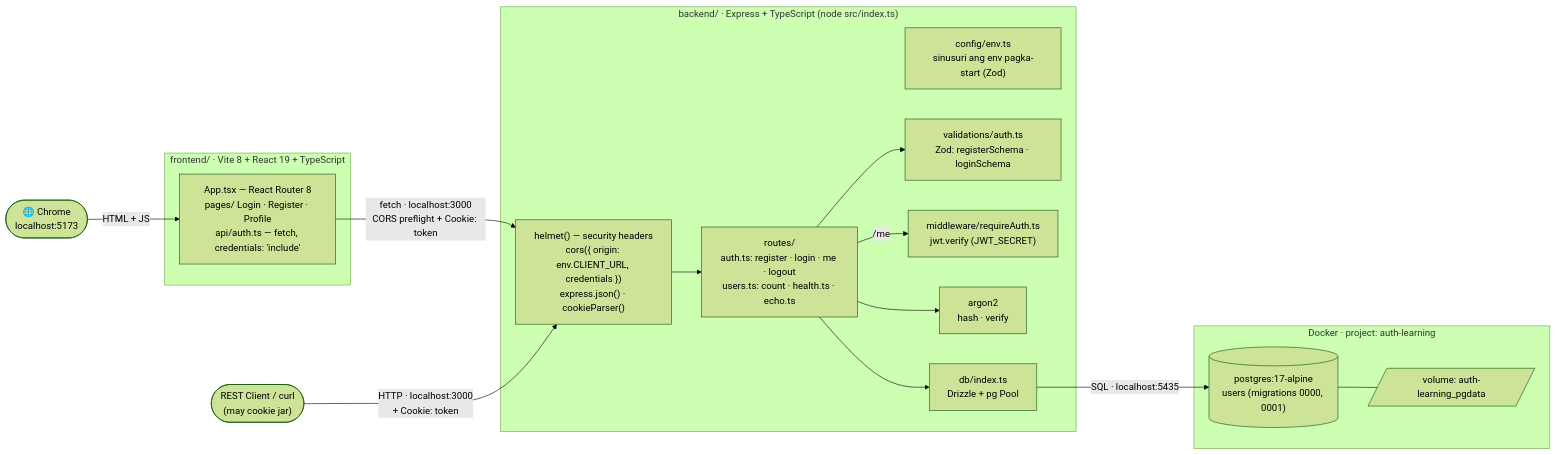
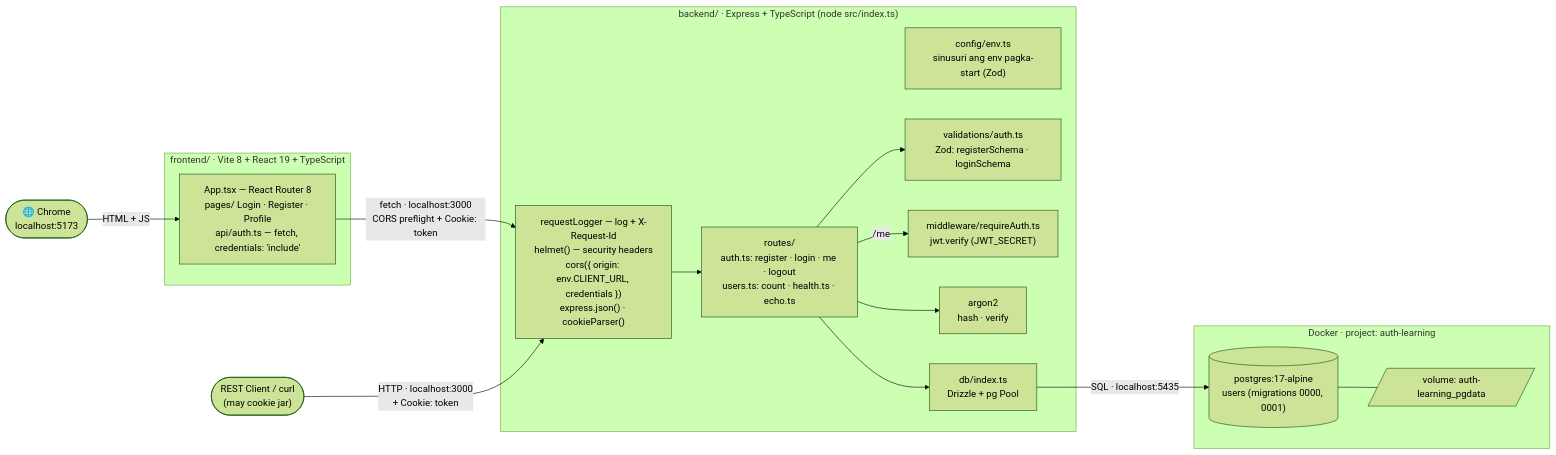
Before and after one commit to nelson1869-ai/auth-learning: the first of 3 diagrams in docs/diagrams/00-architecture.md, drawn with Mermaid (forest theme). The commit also changed other lines of this file and 20 other files, not shown here.

````diff
--- a/docs/diagrams/00-architecture.md
+++ b/docs/diagrams/00-architecture.md
@@ -12,29 +12,29 @@
 ```mermaid
 flowchart LR
     Browser(["🌐 Chrome<br/>localhost:5173"]) -->|"HTML + JS"| FE
     subgraph FEG["frontend/ · Vite 8 + React 19 + TypeScript"]
         FE["App.tsx — React Router 8<br/>pages/ Login · Register · Profile<br/>api/auth.ts — fetch, credentials: 'include'"]
     end
     FE -->|"fetch · localhost:3000<br/>CORS preflight + Cookie: token"| MW
     Client(["REST Client / curl<br/>(may cookie jar)"]) -->|"HTTP · localhost:3000<br/>+ Cookie: token"| MW
     subgraph BE["backend/ · Express + TypeScript (node src/index.ts)"]
-        MW["helmet() — security headers<br/>cors({ origin: env.CLIENT_URL, credentials })<br/>express.json() · cookieParser()"]
+        MW["requestLogger — log + X-Request-Id<br/>helmet() — security headers<br/>cors({ origin: env.CLIENT_URL, credentials })<br/>express.json() · cookieParser()"]
         Env["config/env.ts<br/>sinusuri ang env pagka-start (Zod)"]
         Routes["routes/<br/>auth.ts: register · login · me · logout<br/>users.ts: count · health.ts · echo.ts"]
         Val["validations/auth.ts<br/>Zod: registerSchema · loginSchema"]
         Auth["middleware/requireAuth.ts<br/>jwt.verify (JWT_SECRET)"]
         Hash["argon2<br/>hash · verify"]
         DB["db/index.ts<br/>Drizzle + pg Pool"]
         MW --> Routes
         Routes --> Val
         Routes -->|"/me"| Auth
         Routes --> Hash
         Routes --> DB
     end
     DB -->|"SQL · localhost:5435"| PG
     subgraph Docker["Docker · project: auth-learning"]
         PG[("postgres:17-alpine<br/>users (migrations 0000, 0001)")]
         Vol[/"volume: auth-learning_pgdata"/]
         PG --- Vol
     end
 ```
````
